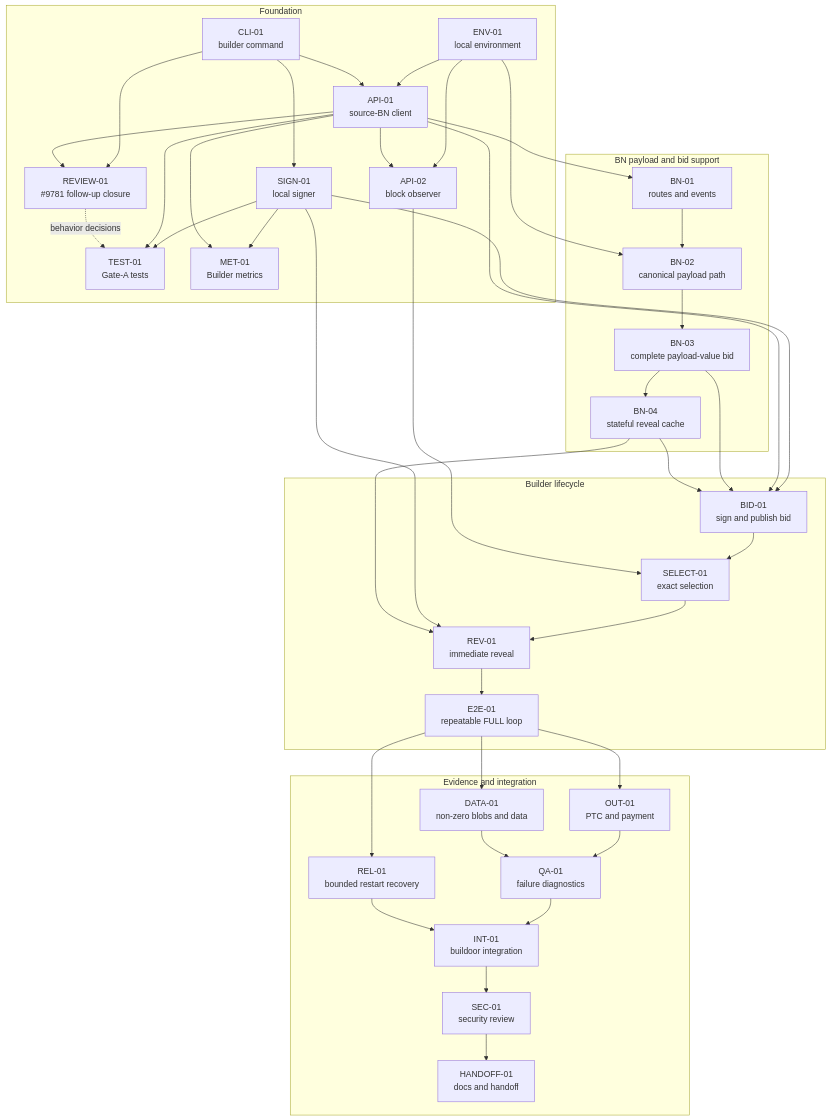
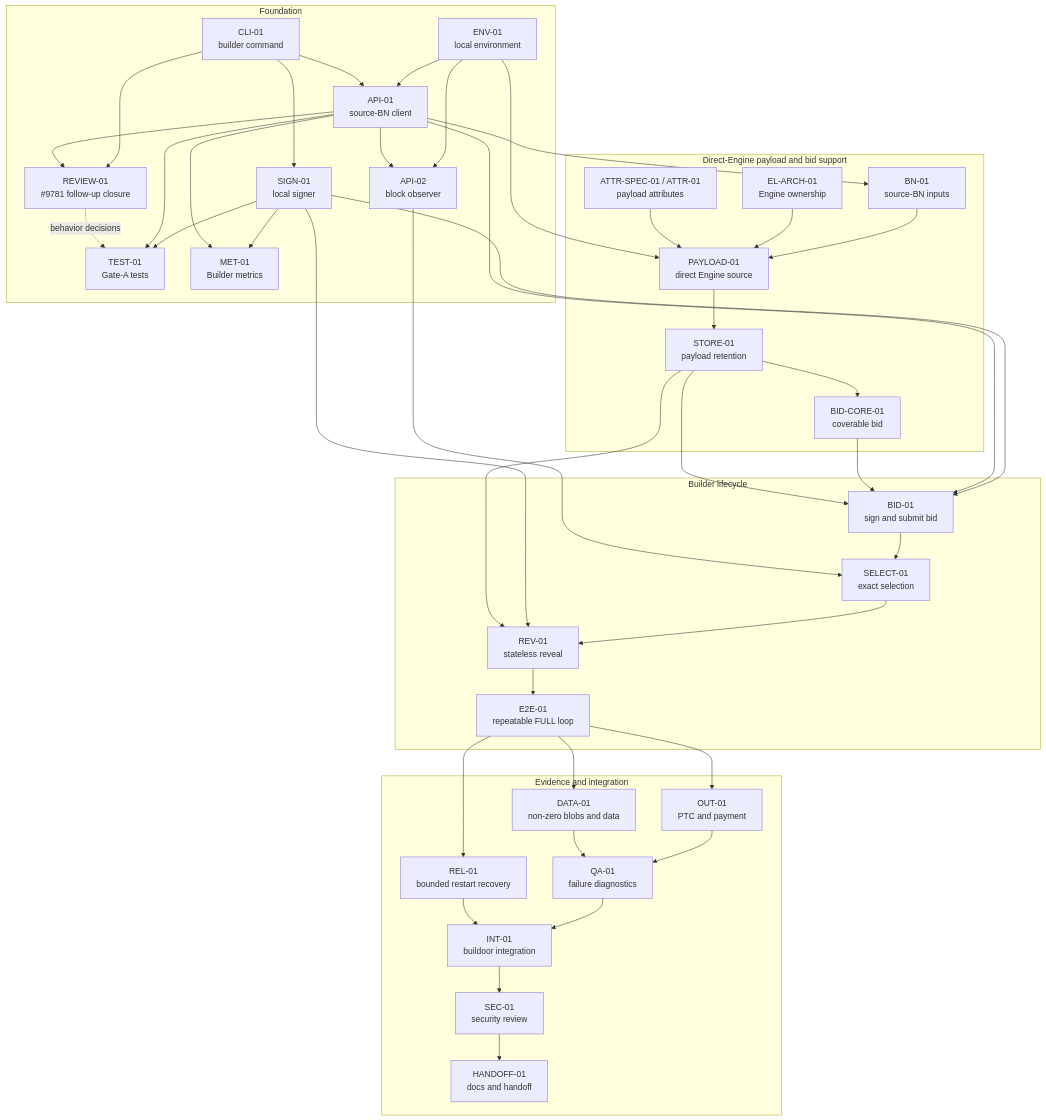
Before and after one commit to krisoshea-eth/lodestar-eip-7732-builder-docs: the ninth of 16 diagrams in docs/implementation-plan.md, drawn with Mermaid. The commit also changed other lines of this file and 3 other files, not shown here.

Commit message:
docs: complete direct-engine plan reconciliation

````diff
--- a/docs/implementation-plan.md
+++ b/docs/implementation-plan.md
@@ -626,74 +620,78 @@
 ```mermaid
 flowchart TD
     subgraph FOUNDATION["Foundation"]
         ENV["ENV-01<br/>local environment"]
         CLI["CLI-01<br/>builder command"]
         SIGN["SIGN-01<br/>local signer"]
         API1["API-01<br/>source-BN client"]
         API2["API-02<br/>block observer"]
         TEST["TEST-01<br/>Gate-A tests"]
         MET["MET-01<br/>Builder metrics"]
         REVIEW["REVIEW-01<br/>#9781 follow-up closure"]
         ENV --> API1
         ENV --> API2
         CLI --> SIGN
         CLI --> API1
         API1 --> API2
         SIGN --> TEST
         API1 --> TEST
         SIGN --> MET
         API1 --> MET
         CLI --> REVIEW
         API1 --> REVIEW
         REVIEW -. behavior decisions .-> TEST
     end
 
-    subgraph BNWORK["BN payload and bid support"]
-        BN1["BN-01<br/>routes and events"]
-        BN2["BN-02<br/>canonical payload path"]
-        BN3["BN-03<br/>complete payload-value bid"]
-        BN4["BN-04<br/>stateful reveal cache"]
-        BN1 --> BN2
-        BN2 --> BN3
-        BN3 --> BN4
+    subgraph BUILDWORK["Direct-Engine payload and bid support"]
+        BN1["BN-01<br/>source-BN inputs"]
+        ELARCH["EL-ARCH-01<br/>Engine ownership"]
+        ATTR["ATTR-SPEC-01 / ATTR-01<br/>payload attributes"]
+        PAY["PAYLOAD-01<br/>direct Engine source"]
+        STORE["STORE-01<br/>payload retention"]
+        COREBID["BID-CORE-01<br/>coverable bid"]
+        BN1 --> PAY
+        ELARCH --> PAY
+        ATTR --> PAY
+        PAY --> STORE
+        STORE --> COREBID
     end
 
     subgraph LOOP["Builder lifecycle"]
-        BID["BID-01<br/>sign and publish bid"]
+        BID["BID-01<br/>sign and submit bid"]
         SEL["SELECT-01<br/>exact selection"]
-        REV["REV-01<br/>immediate reveal"]
+        REV["REV-01<br/>stateless reveal"]
         E2E["E2E-01<br/>repeatable FULL loop"]
         BID --> SEL
         SEL --> REV
         REV --> E2E
     end
 
     subgraph EVIDENCE["Evidence and integration"]
         OUT["OUT-01<br/>PTC and payment"]
         DATA["DATA-01<br/>non-zero blobs and data"]
         QA["QA-01<br/>failure diagnostics"]
         REL["REL-01<br/>bounded restart recovery"]
         INT["INT-01<br/>buildoor integration"]
         SEC["SEC-01<br/>security review"]
         HAND["HANDOFF-01<br/>docs and handoff"]
         E2E --> OUT
         E2E --> DATA
         E2E --> REL
         OUT --> QA
         DATA --> QA
         QA --> INT
         REL --> INT
         INT --> SEC
         SEC --> HAND
     end
 
     API1 --> BN1
-    ENV --> BN2
+    ENV --> PAY
     SIGN --> BID
     API1 --> BID
-    BN3 --> BID
-    BN4 --> BID
+    COREBID --> BID
+    STORE --> BID
     API2 --> SEL
     SIGN --> REV
-    BN4 --> REV
+    STORE --> REV
 ```
````
